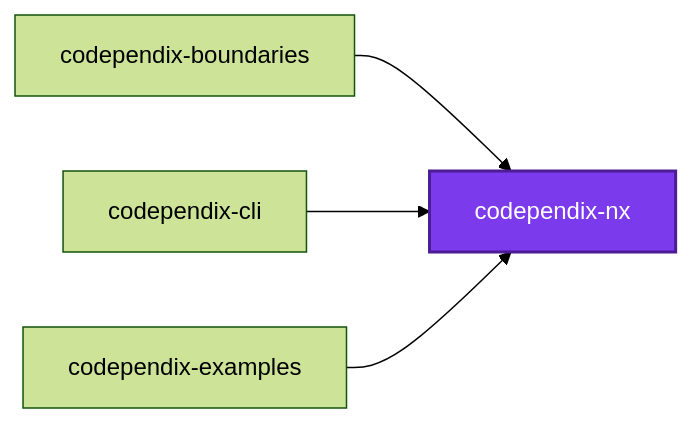
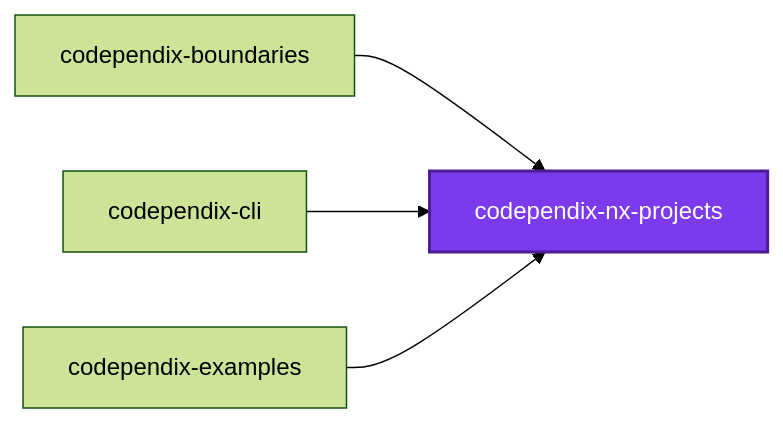
The first of 3 diagrams in packages/codependix-nx-projects/README.md (JimmyPaolini/codebase), drawn with Mermaid (forest theme) before and after one commit. The commit also changed other lines of this file and 13 other files, not shown here.

````diff
--- a/packages/codependix-nx-projects/README.md
+++ b/packages/codependix-nx-projects/README.md
@@ -14,12 +14,12 @@
 ```mermaid
 graph LR
   codependix_boundaries["codependix-boundaries"]
   codependix_cli["codependix-cli"]
   codependix_examples["codependix-examples"]
-  codependix_nx["codependix-nx"]
-  codependix_boundaries --> codependix_nx
-  codependix_cli --> codependix_nx
-  codependix_examples --> codependix_nx
+  codependix_nx_projects["codependix-nx-projects"]
+  codependix_boundaries --> codependix_nx_projects
+  codependix_cli --> codependix_nx_projects
+  codependix_examples --> codependix_nx_projects
   classDef subject fill:#7c3aed,color:#fff,stroke:#4c1d95,stroke-width:2px
-  class codependix_nx subject
+  class codependix_nx_projects subject
 ```
````
